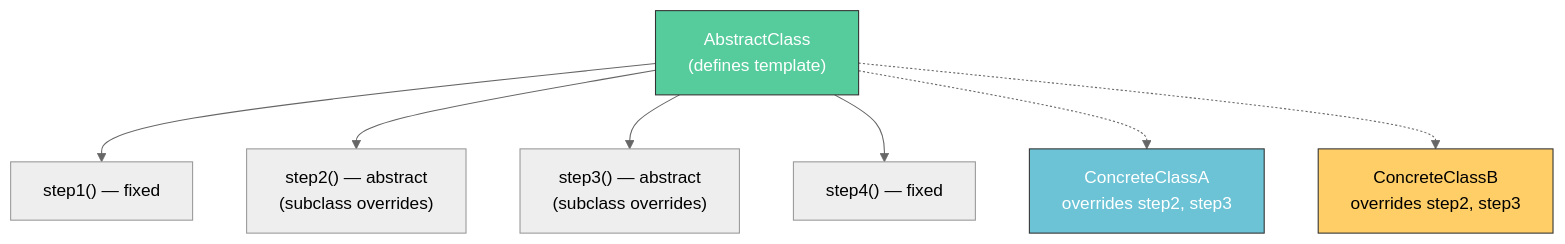
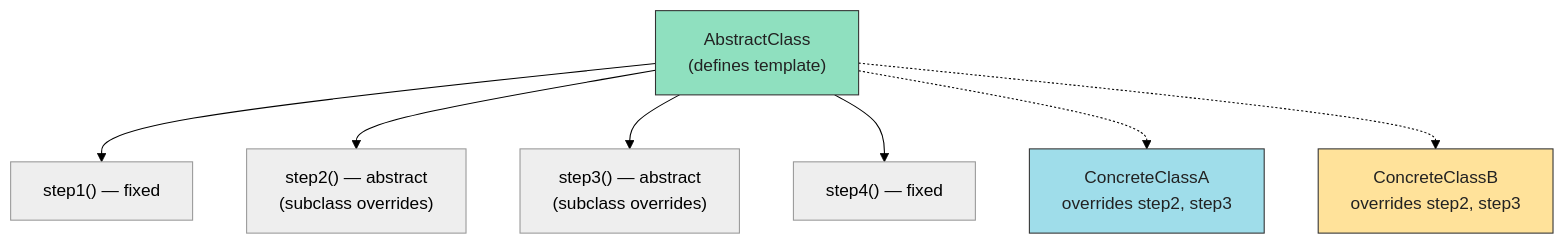
The third of 10 diagrams in posts/design-pattern/Design-Pattern-Interview-QA-2.qmd (tanquangduong/tanquangduong.github.io), drawn with Mermaid (neutral theme) before and after one commit. The commit also changed other lines of this file and 204 other files, not shown here.

````diff
--- a/posts/design-pattern/Design-Pattern-Interview-QA-2.qmd
+++ b/posts/design-pattern/Design-Pattern-Interview-QA-2.qmd
@@ -356,18 +358,19 @@
 ```{mermaid}
 graph TD
+    linkStyle default stroke:#000,color:#000
     ABSTRACT["AbstractClass<br/>(defines template)"]
     ABSTRACT --> STEP1["step1() — fixed"]
     ABSTRACT --> STEP2["step2() — abstract<br/>(subclass overrides)"]
     ABSTRACT --> STEP3["step3() — abstract<br/>(subclass overrides)"]
     ABSTRACT --> STEP4["step4() — fixed"]
 
     CONCRETE_A["ConcreteClassA<br/>overrides step2, step3"]
     CONCRETE_B["ConcreteClassB<br/>overrides step2, step3"]
 
     ABSTRACT -.-> CONCRETE_A
     ABSTRACT -.-> CONCRETE_B
 
-    style ABSTRACT fill:#56cc9d,stroke:#333,color:#fff
-    style CONCRETE_A fill:#6cc3d5,stroke:#333,color:#fff
-    style CONCRETE_B fill:#ffce67,stroke:#333
+    style ABSTRACT fill:#8fe0bf,stroke:#333,color:#222
+    style CONCRETE_A fill:#9fddea,stroke:#333,color:#222
+    style CONCRETE_B fill:#ffe29a,stroke:#333,color:#222
 ```
````
